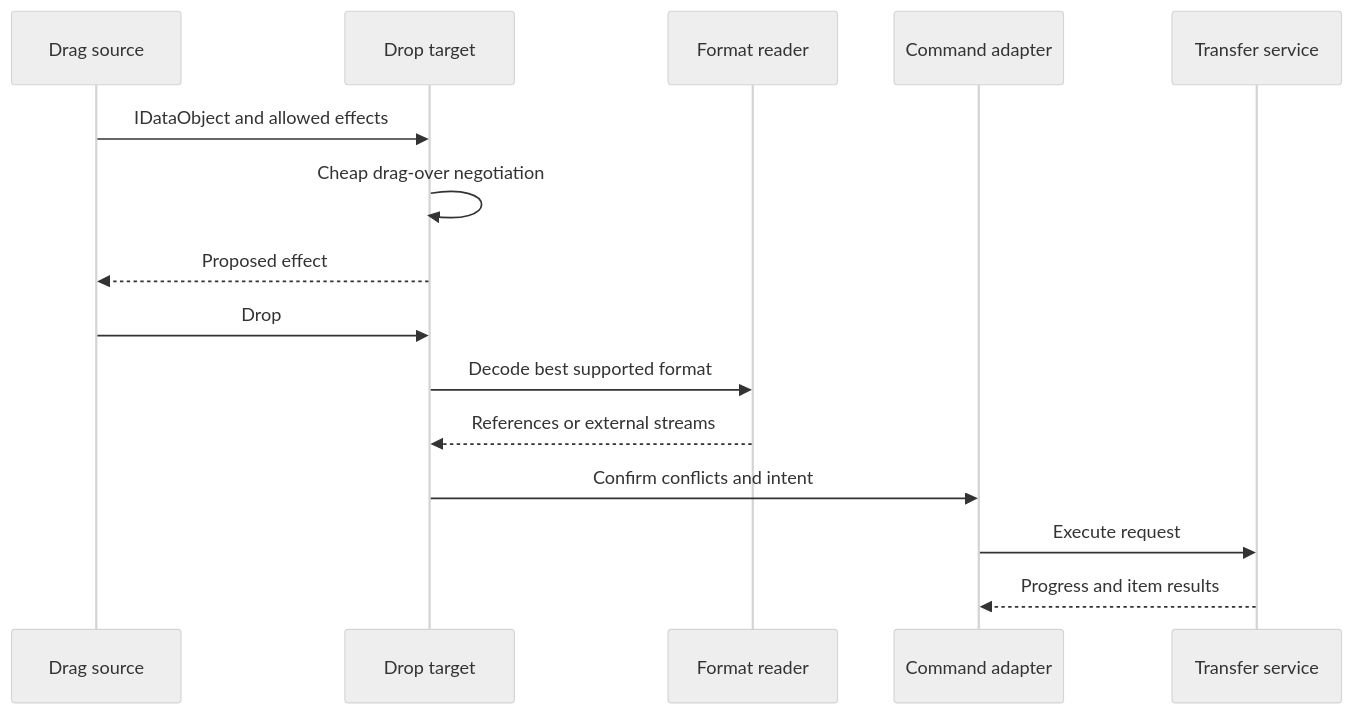
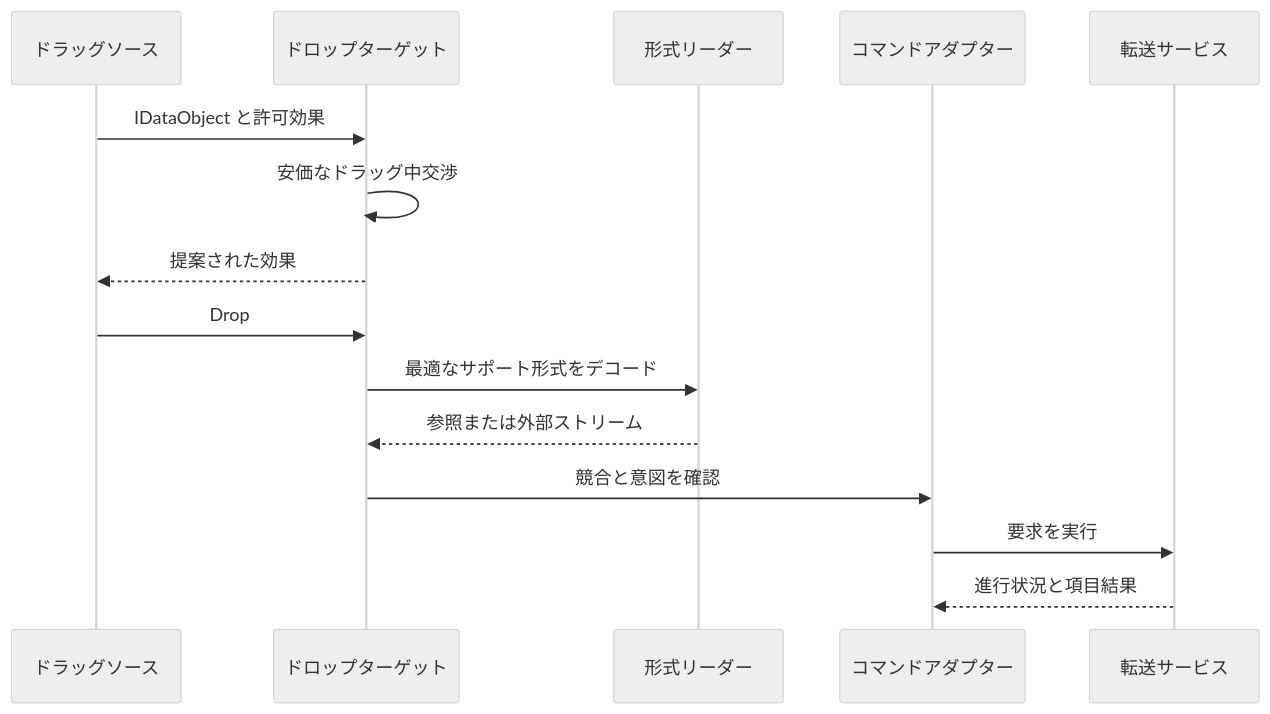
The third of 5 diagrams in docs/architecture/platform-interactions.md (0x5bfa/Files), drawn with Mermaid (neutral theme) before and after one commit. The commit also changed other lines of this file and 18 other files, not shown here.

Commit message:
Translate architecture docs to Japanese

````diff
--- a/docs/architecture/platform-interactions.md
+++ b/docs/architecture/platform-interactions.md
@@ -309,18 +273,18 @@
 ```mermaid
 sequenceDiagram
-    participant Source as Drag source
-    participant Target as Drop target
-    participant Parser as Format reader
-    participant Commands as Command adapter
-    participant Transfer as Transfer service
+    participant Source as ドラッグソース
+    participant Target as ドロップターゲット
+    participant Parser as 形式リーダー
+    participant Commands as コマンドアダプター
+    participant Transfer as 転送サービス
 
-    Source->>Target: IDataObject and allowed effects
-    Target->>Target: Cheap drag-over negotiation
-    Target-->>Source: Proposed effect
+    Source->>Target: IDataObject と許可効果
+    Target->>Target: 安価なドラッグ中交渉
+    Target-->>Source: 提案された効果
     Source->>Target: Drop
-    Target->>Parser: Decode best supported format
-    Parser-->>Target: References or external streams
-    Target->>Commands: Confirm conflicts and intent
-    Commands->>Transfer: Execute request
-    Transfer-->>Commands: Progress and item results
+    Target->>Parser: 最適なサポート形式をデコード
+    Parser-->>Target: 参照または外部ストリーム
+    Target->>Commands: 競合と意図を確認
+    Commands->>Transfer: 要求を実行
+    Transfer-->>Commands: 進行状況と項目結果
 ```
````
